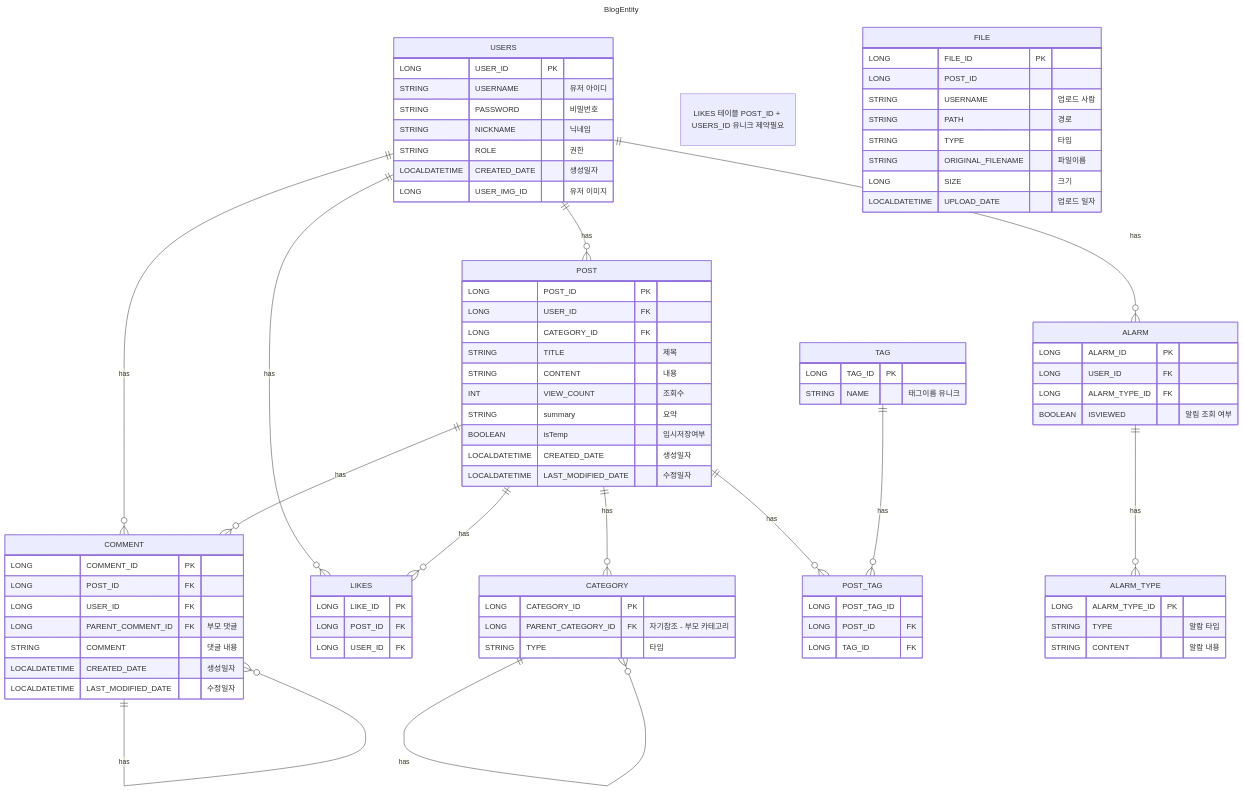
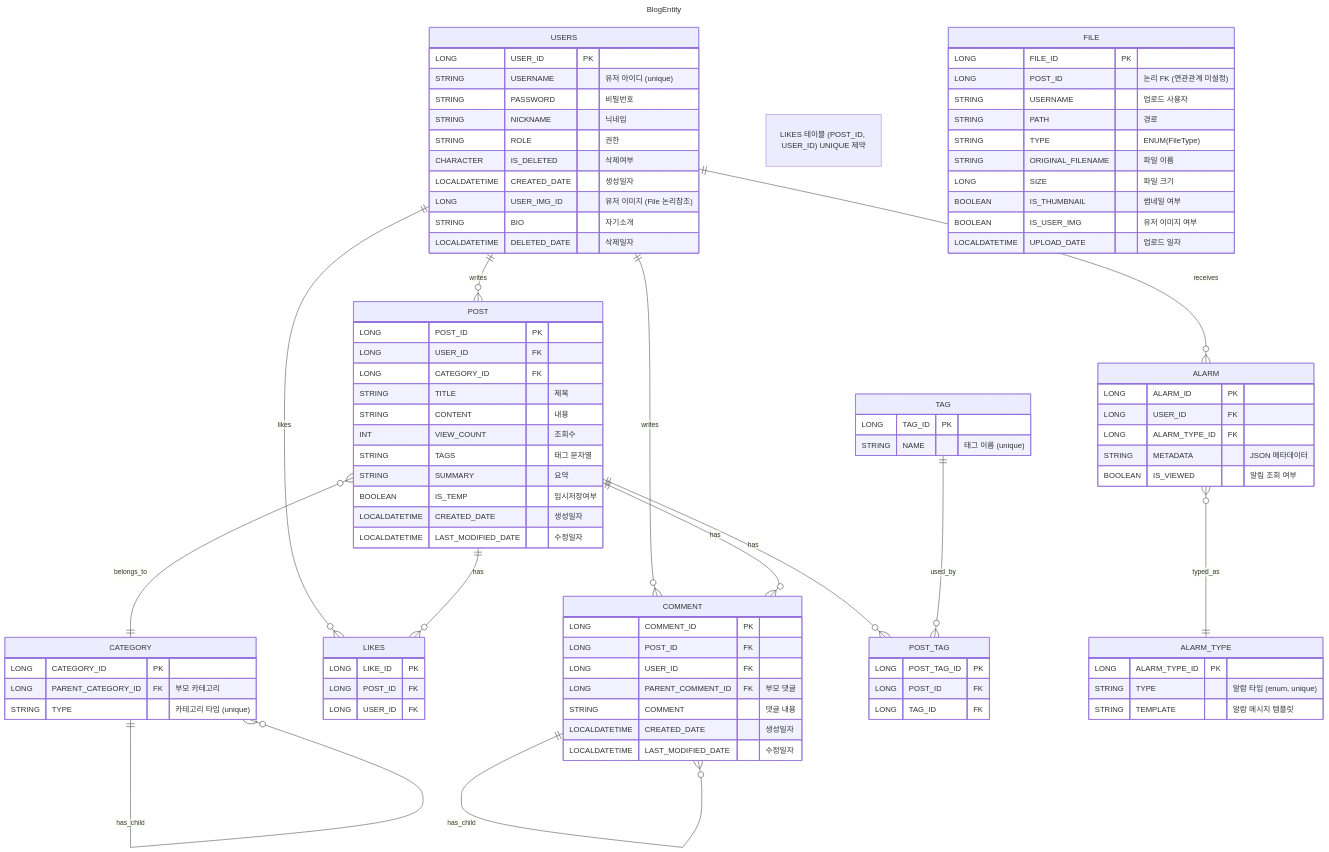
The diagram in CodingBlog.md (Giljinsu/SolveLog), drawn with Mermaid before and after one commit. The commit also changed other lines of this file and 5 other files, not shown here.

````diff
--- a/CodingBlog.md
+++ b/CodingBlog.md
@@ -62,102 +62,109 @@
 title: BlogEntity
 ---
 erDiagram
-    
-    USERS ||--o{ POST : has
-    USERS ||--o{ COMMENT : has
-    USERS ||--o{ LIKES : has
-    USERS ||--o{ ALARM : has
-    USERS {
-        LONG USER_ID PK
-        STRING USERNAME "유저 아이디"
-        STRING PASSWORD "비밀번호"
-        STRING NICKNAME "닉네임"
-        STRING ROLE "권한"
-        LOCALDATETIME CREATED_DATE "생성일자"
-        LONG USER_IMG_ID "유저 이미지"
-    }
-    
-    POST ||--o{ COMMENT : has
-    POST ||--o{ LIKES :has
-    POST ||--o{ CATEGORY : has
-    POST ||--o{ POST_TAG : has
-    POST {
-        LONG POST_ID PK
-        LONG USER_ID FK
-        LONG CATEGORY_ID FK
-        STRING TITLE "제목"
-        STRING CONTENT "내용"
-        INT VIEW_COUNT "조회수"
-%%        STRING tags "태그"
-        STRING summary "요약"
-        BOOLEAN isTemp "임시저장여부"
-        LOCALDATETIME CREATED_DATE "생성일자"
-        LOCALDATETIME LAST_MODIFIED_DATE "수정일자"
-    }
-    
-    COMMENT ||--o{ COMMENT: has
-    COMMENT {
-        LONG COMMENT_ID PK
-        LONG POST_ID FK
-        LONG USER_ID FK
-        LONG PARENT_COMMENT_ID FK "부모 댓글"
-        STRING COMMENT "댓글 내용"
-        LOCALDATETIME CREATED_DATE "생성일자"
-        LOCALDATETIME LAST_MODIFIED_DATE "수정일자"
-    }
-    
-    LIKES {
-        LONG LIKE_ID PK
-        LONG POST_ID FK
-        LONG USER_ID FK 
-    }
-    
-    "LIKES 테이블 POST_ID + USERS_ID 유니크 제약필요"
-    
-    FILE {
-        LONG FILE_ID PK
-        LONG POST_ID 
-        STRING USERNAME "업로드 사람"
-        STRING PATH "경로"
-        STRING TYPE "타입"
-        STRING ORIGINAL_FILENAME "파일이름"
-        LONG SIZE "크기"
-        LOCALDATETIME UPLOAD_DATE "업로드 일자"
-    }
-    
-    CATEGORY ||--o{ CATEGORY : has
-    CATEGORY {
-        LONG CATEGORY_ID PK
-        LONG PARENT_CATEGORY_ID FK "자기참조 - 부모 카테고리"
-        STRING TYPE "타입"
-    }
-    
-    ALARM ||--o{ ALARM_TYPE : has
-    ALARM {
-        LONG ALARM_ID PK
-        LONG USER_ID FK
-        LONG ALARM_TYPE_ID FK
-        BOOLEAN ISVIEWED "알림 조회 여부"
-    }
-    
-    ALARM_TYPE {
-        LONG ALARM_TYPE_ID PK
-        STRING TYPE "알람 타입"
-        STRING CONTENT "알람 내용"
-    }
-    
-    TAG ||--o{ POST_TAG : has
-    TAG {
-        LONG TAG_ID PK
-        STRING NAME "태그이름 유니크" 
-    }
-    
-    POST_TAG {
-        LONG POST_TAG_ID
-        LONG POST_ID FK
-        LONG TAG_ID FK
-    }
-    
-    
+
+  USERS ||--o{ POST : writes
+  USERS ||--o{ COMMENT : writes
+  USERS ||--o{ LIKES : likes
+  USERS ||--o{ ALARM : receives
+
+  USERS {
+    LONG USER_ID PK
+    STRING USERNAME "유저 아이디 (unique)"
+    STRING PASSWORD "비밀번호"
+    STRING NICKNAME "닉네임"
+    STRING ROLE "권한"
+    CHARACTER IS_DELETED "삭제여부"
+    LOCALDATETIME CREATED_DATE "생성일자"
+    LONG USER_IMG_ID "유저 이미지 (File 논리참조)"
+    STRING BIO "자기소개"
+    LOCALDATETIME DELETED_DATE "삭제일자"
+  }
+
+  POST }o--|| CATEGORY : belongs_to
+  POST ||--o{ COMMENT : has
+  POST ||--o{ LIKES : has
+  POST ||--o{ POST_TAG : has
+
+  POST {
+    LONG POST_ID PK
+    LONG USER_ID FK
+    LONG CATEGORY_ID FK
+    STRING TITLE "제목"
+    STRING CONTENT "내용"
+    INT VIEW_COUNT "조회수"
+    STRING TAGS "태그 문자열"
+    STRING SUMMARY "요약"
+    BOOLEAN IS_TEMP "임시저장여부"
+    LOCALDATETIME CREATED_DATE "생성일자"
+    LOCALDATETIME LAST_MODIFIED_DATE "수정일자"
+  }
+
+  COMMENT ||--o{ COMMENT : has_child
+  COMMENT {
+    LONG COMMENT_ID PK
+    LONG POST_ID FK
+    LONG USER_ID FK
+    LONG PARENT_COMMENT_ID FK "부모 댓글"
+    STRING COMMENT "댓글 내용"
+    LOCALDATETIME CREATED_DATE "생성일자"
+    LOCALDATETIME LAST_MODIFIED_DATE "수정일자"
+  }
+
+  LIKES {
+    LONG LIKE_ID PK
+    LONG POST_ID FK
+    LONG USER_ID FK
+  }
+
+  "LIKES 테이블 (POST_ID, USER_ID) UNIQUE 제약"
+
+  FILE {
+    LONG FILE_ID PK
+    LONG POST_ID "논리 FK (연관관계 미설정)"
+    STRING USERNAME "업로드 사용자"
+    STRING PATH "경로"
+    STRING TYPE "ENUM(FileType)"
+    STRING ORIGINAL_FILENAME "파일 이름"
+    LONG SIZE "파일 크기"
+    BOOLEAN IS_THUMBNAIL "썸네일 여부"
+    BOOLEAN IS_USER_IMG "유저 이미지 여부"
+    LOCALDATETIME UPLOAD_DATE "업로드 일자"
+  }
+
+  CATEGORY ||--o{ CATEGORY : has_child
+  CATEGORY {
+    LONG CATEGORY_ID PK
+    LONG PARENT_CATEGORY_ID FK "부모 카테고리"
+    STRING TYPE "카테고리 타입 (unique)"
+  }
+
+  ALARM }o--|| ALARM_TYPE : typed_as
+  ALARM {
+    LONG ALARM_ID PK
+    LONG USER_ID FK
+    LONG ALARM_TYPE_ID FK
+    STRING METADATA "JSON 메타데이터"
+    BOOLEAN IS_VIEWED "알림 조회 여부"
+  }
+
+  ALARM_TYPE {
+    LONG ALARM_TYPE_ID PK
+    STRING TYPE "알람 타입 (enum, unique)"
+    STRING TEMPLATE "알람 메시지 템플릿"
+  }
+
+  TAG ||--o{ POST_TAG : used_by
+  TAG {
+    LONG TAG_ID PK
+    STRING NAME "태그 이름 (unique)"
+  }
+
+  POST_TAG {
+    LONG POST_TAG_ID PK
+    LONG POST_ID FK
+    LONG TAG_ID FK
+  }
+
 
 ```
````
